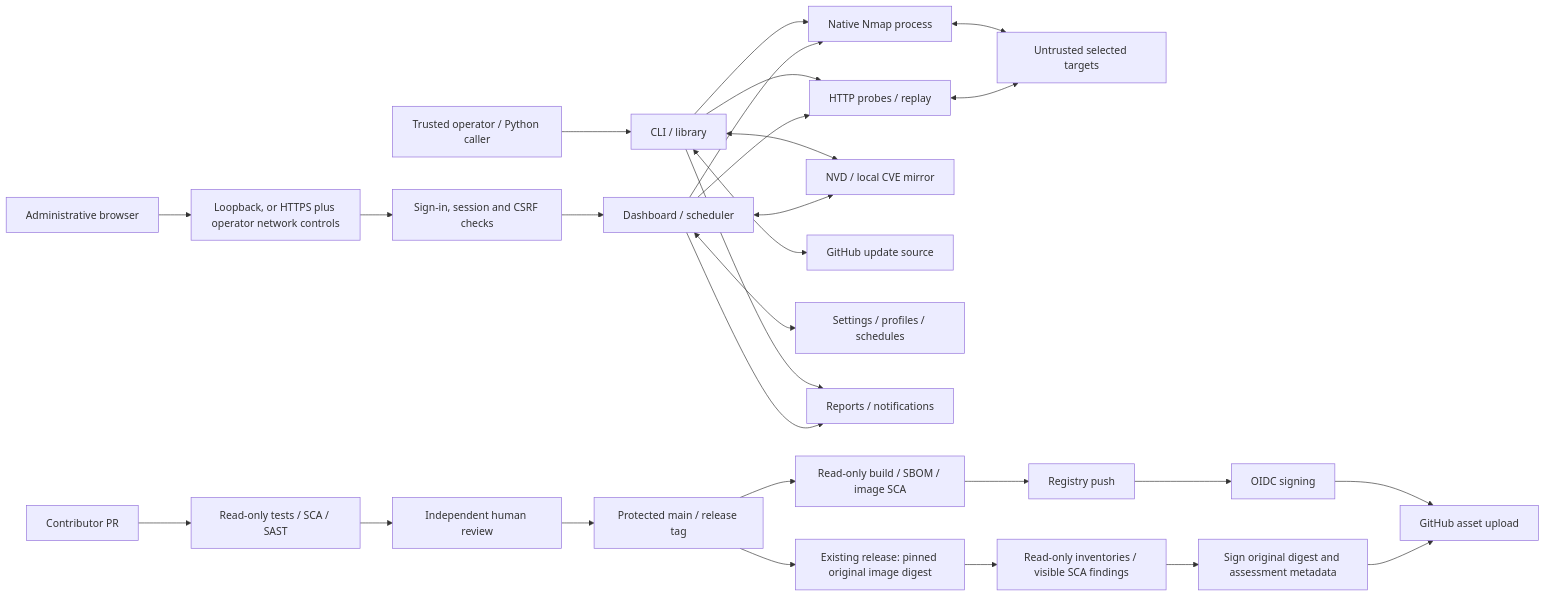
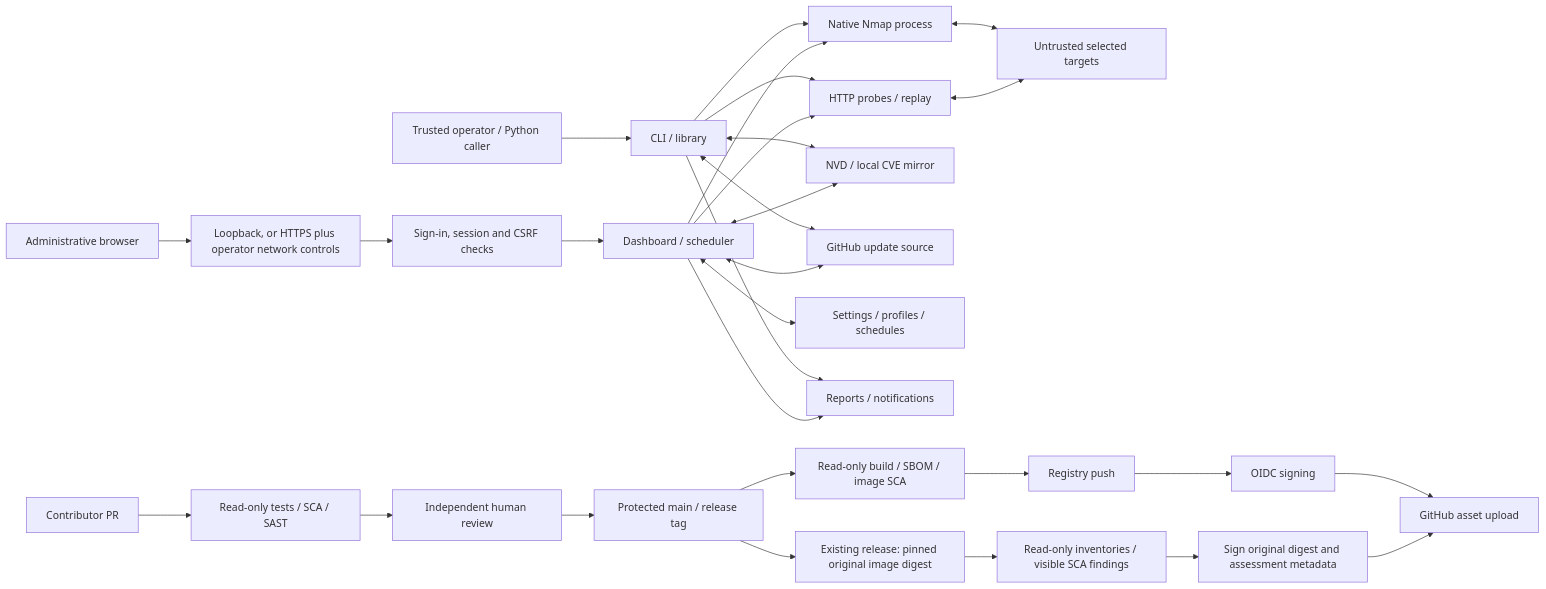
The diagram in docs/THREAT_MODEL.md (GamehunterKaan/AutoPWN-Suite), drawn with Mermaid before and after one commit. The commit also changed other lines of this file and 16 other files, not shown here.

````diff
--- a/docs/THREAT_MODEL.md
+++ b/docs/THREAT_MODEL.md
@@ -60,30 +60,31 @@
 ```mermaid
 flowchart LR
   O[Trusted operator / Python caller] --> C[CLI / library]
   B[Administrative browser] --> I[Loopback, or HTTPS plus operator network controls]
   I --> L[Sign-in, session and CSRF checks]
   L --> W[Dashboard / scheduler]
   C --> N[Native Nmap process]
   W --> N
   C --> H[HTTP probes / replay]
   W --> H
   N <--> T[Untrusted selected targets]
   H <--> T
   C <--> V[NVD / local CVE mirror]
   C <--> UP[GitHub update source]
+  W <--> UP
   W <--> V
   W <--> D[Settings / profiles / schedules]
   C --> R[Reports / notifications]
   W --> R
   P[Contributor PR] --> Q[Read-only tests / SCA / SAST]
   Q --> U[Independent human review]
   U --> M[Protected main / release tag]
   M --> A[Read-only build / SBOM / image SCA]
   A --> X[Registry push]
   X --> S[OIDC signing]
   S --> G[GitHub asset upload]
   M --> AB[Existing release: pinned original image digest]
   AB --> AI[Read-only inventories / visible SCA findings]
   AI --> AS[Sign original digest and assessment metadata]
   AS --> G
 ```
````
